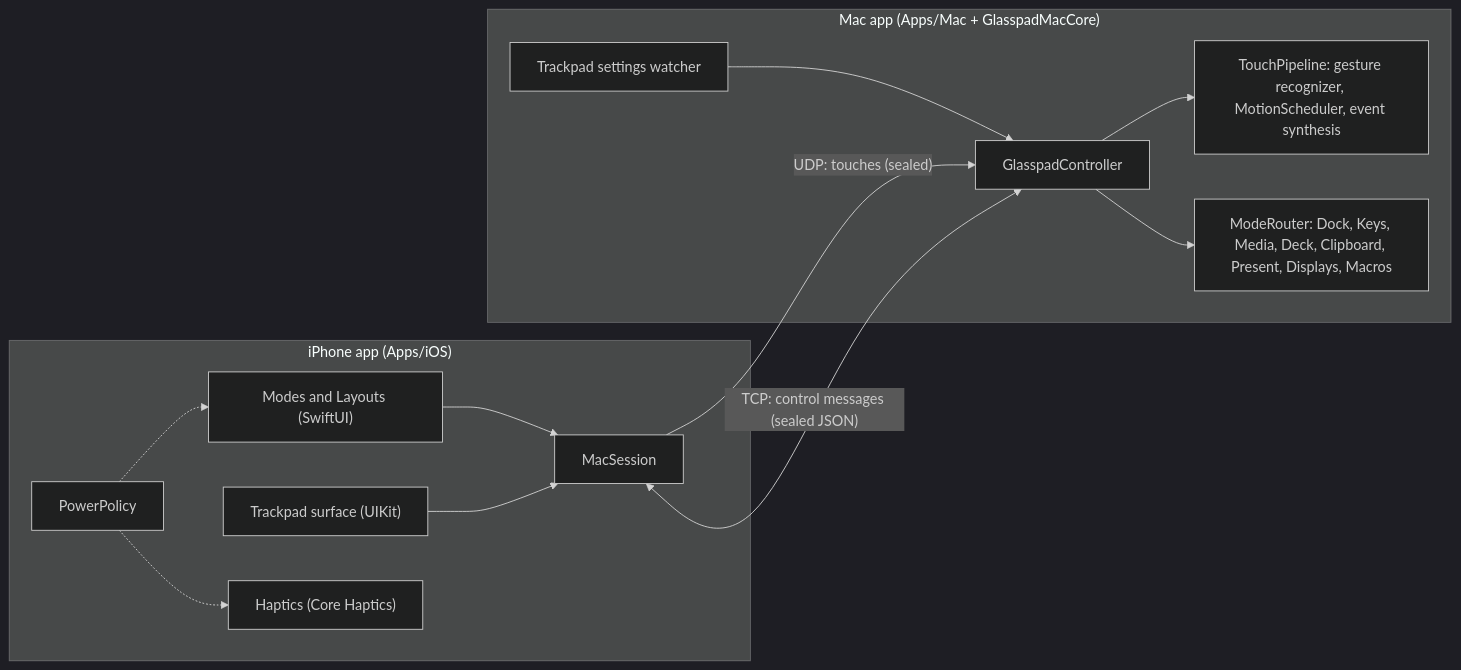
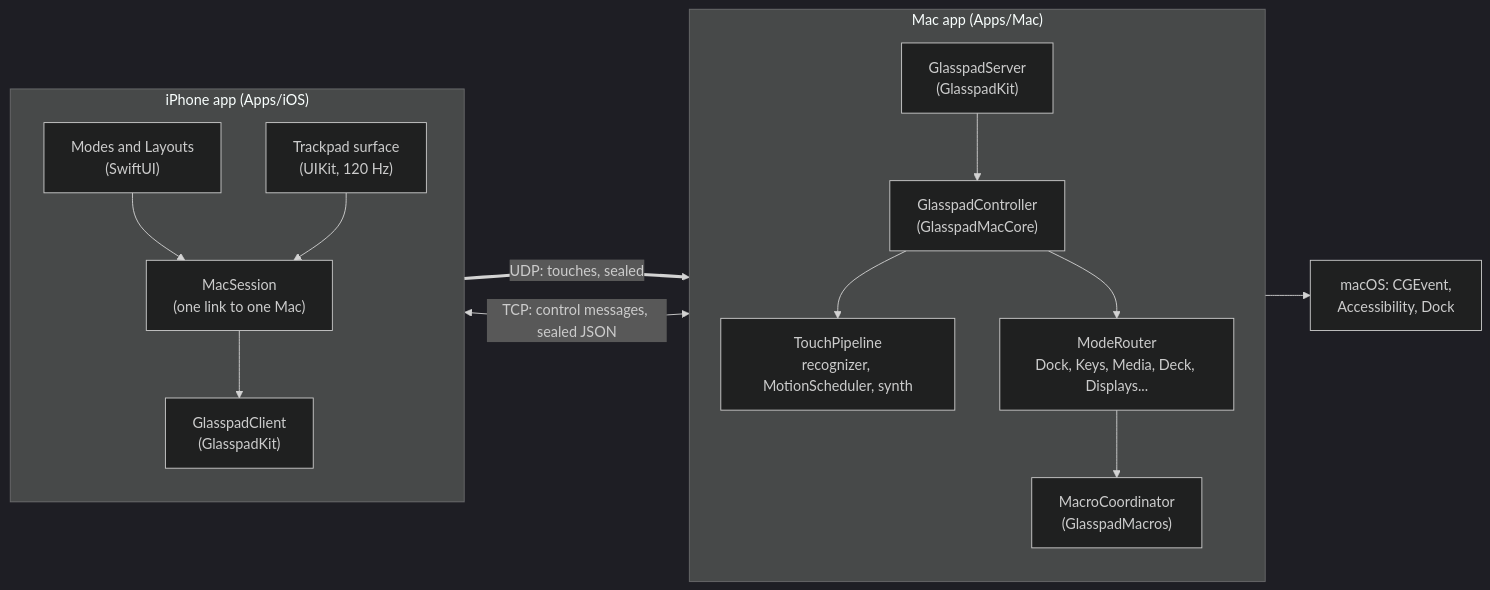
The first of 5 diagrams in ARCHITECTURE.md (Soham109/glasspad), drawn with Mermaid (dark theme) before and after one commit. The commit also changed other lines of this file and 26 other files, not shown here.

````diff
--- a/ARCHITECTURE.md
+++ b/ARCHITECTURE.md
@@ -5,25 +27,28 @@
 ```mermaid
 flowchart LR
   subgraph Phone["iPhone app (Apps/iOS)"]
-    UI["Modes and Layouts (SwiftUI)"]
-    T["Trackpad surface (UIKit)"]
-    H["Haptics (Core Haptics)"]
-    PP["PowerPolicy"]
-    S["MacSession"]
-    UI --> S
-    T --> S
-    PP -.-> UI
-    PP -.-> H
+    direction TB
+    Views["Modes and Layouts<br/>(SwiftUI)"]
+    Surface["Trackpad surface<br/>(UIKit, 120 Hz)"]
+    Session["MacSession<br/>(one link to one Mac)"]
+    Client["GlasspadClient<br/>(GlasspadKit)"]
+    Views --> Session
+    Surface --> Session
+    Session --> Client
   end
-  subgraph Mac["Mac app (Apps/Mac + GlasspadMacCore)"]
-    C["GlasspadController"]
-    TP["TouchPipeline: gesture recognizer, MotionScheduler, event synthesis"]
-    R["ModeRouter: Dock, Keys, Media, Deck, Clipboard, Present, Displays, Macros"]
-    W["Trackpad settings watcher"]
-    C --> TP
-    C --> R
-    W --> C
+  subgraph Mac["Mac app (Apps/Mac)"]
+    direction TB
+    Server["GlasspadServer<br/>(GlasspadKit)"]
+    Controller["GlasspadController<br/>(GlasspadMacCore)"]
+    Pipeline["TouchPipeline<br/>recognizer, MotionScheduler, synth"]
+    Router["ModeRouter<br/>Dock, Keys, Media, Deck, Displays..."]
+    Macros["MacroCoordinator<br/>(GlasspadMacros)"]
+    Server --> Controller
+    Controller --> Pipeline
+    Controller --> Router
+    Router --> Macros
   end
-  S -- "UDP: touches (sealed)" --> C
-  S <-- "TCP: control messages (sealed JSON)" --> C
+  Client == "UDP: touches, sealed" ==> Server
+  Client <-- "TCP: control messages, sealed JSON" --> Server
+  Pipeline --> OS["macOS: CGEvent,<br/>Accessibility, Dock"]
 ```
````
